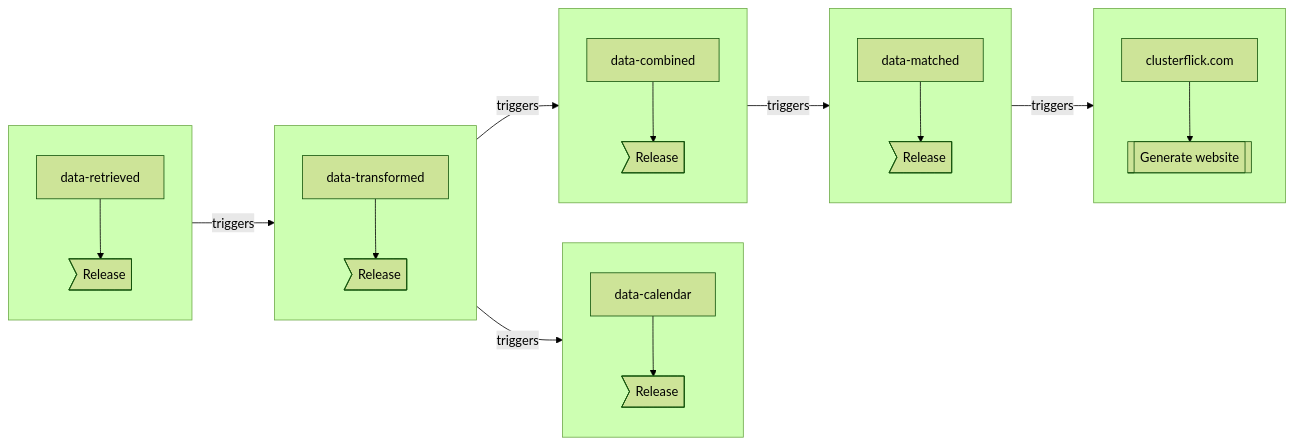
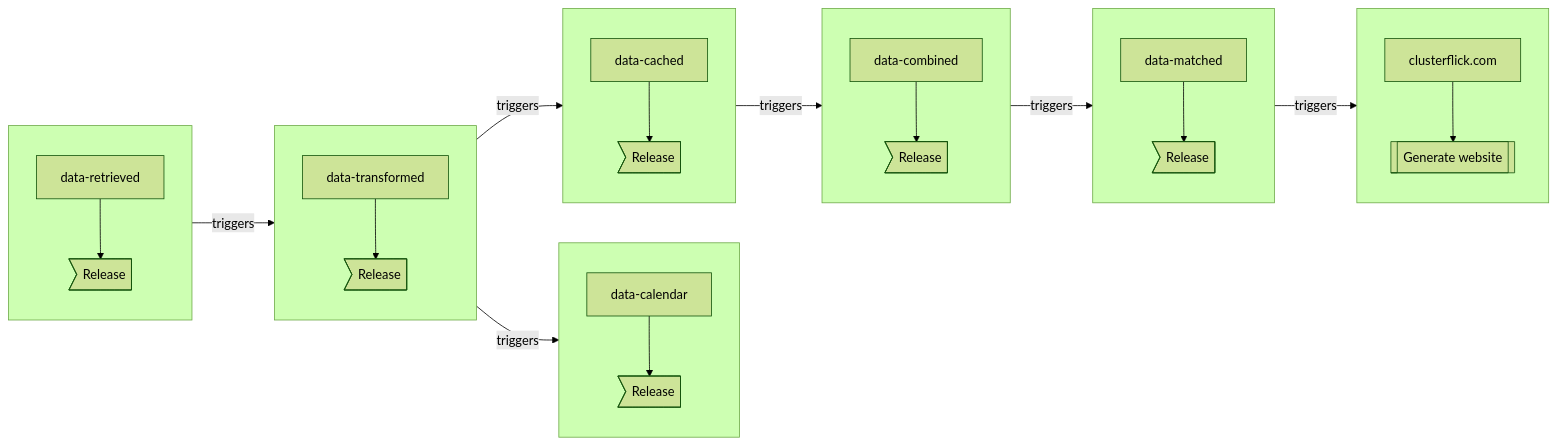
One commit to clusterflick/.github changed the diagram in profile/README.md. Above: the diagram before and after it, drawn with Mermaid (forest theme). The commit also changed other lines of this file, not shown here.

Commit message:
Update readme for caching data workflow

````diff
--- a/profile/README.md
+++ b/profile/README.md
@@ -15,45 +17,52 @@
 ```mermaid
 flowchart LR
     retrieved["data-retrieved"]
     transformed["data-transformed"]
     calendar["data-calendar"]
+    cached["data-cached"]
     combined["data-combined"]
     matched["data-matched"]
 
     subgraph retrival[" "]
-    direction TB
+        direction TB
         retrieved --> retrival-release>Release]
     end
 
     subgraph transformation[" "]
-    direction TB
+        direction TB
         transformed --> transformation-release>Release]
     end
 
     subgraph calendars[" "]
-    direction TB
+        direction TB
         calendar --> calendar-release>Release]
     end
 
+    subgraph caching[" "]
+        direction TB
+        cached --> cached-release>Release]
+    end
+
     subgraph combination[" "]
-    direction TB
+        direction TB
         combined --> combined-release>Release]
     end
 
     subgraph matching[" "]
-    direction TB
+        direction TB
         matched --> matched-release>Release]
     end
 
     subgraph website[" "]
-    direction TB
+        direction TB
         clusterflick.com --> id1[[Generate website]]
     end
 
     retrival --triggers--> transformation
     transformation --triggers--> calendars
-    transformation --triggers--> combination
+    transformation --triggers--> caching
+    caching --triggers--> combination
     combination --triggers--> matching
     matching --triggers--> website
 
 ```
````
